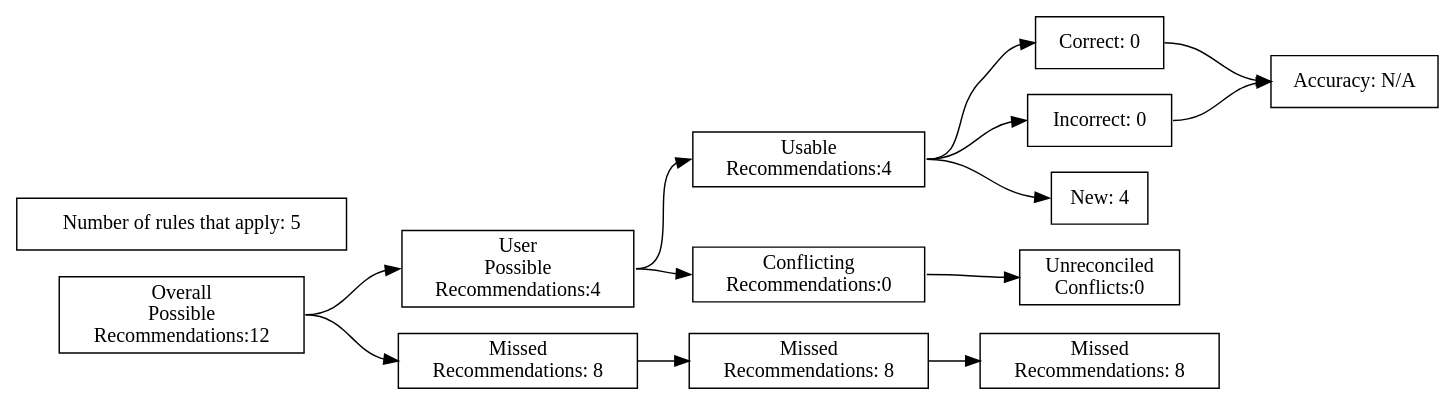
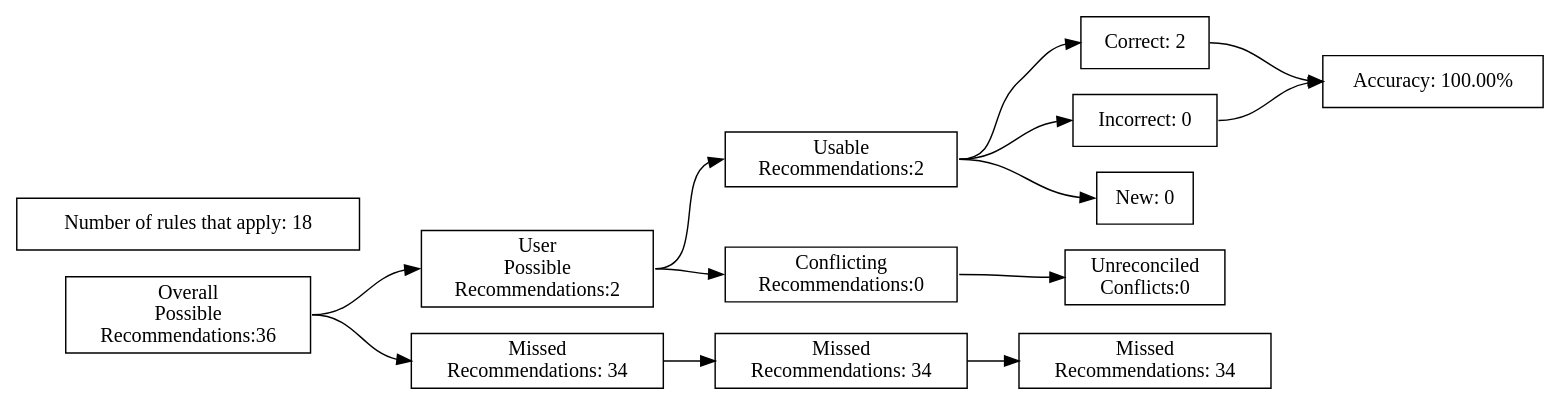
The diagram in test_renders/37.gv (ZaxR/ibd_diet_analysis), drawn with Graphviz before and after one commit. The commit also changed 229 other files, not shown here.

```diff
--- a/test_renders/37.gv
+++ b/test_renders/37.gv
@@ -1,40 +1,40 @@
 digraph {
 	graph [rankdir=LR]
 	node [pos=r shape=box]
 	edge [headport=w tailport=e]
 		A [label="Overall
 Possible
-Recommendations:12"]
+Recommendations:36"]
 		B [label="User
 Possible
-Recommendations:4"]
+Recommendations:2"]
 		C [label="Missed
-Recommendations: 8"]
+Recommendations: 34"]
 		D [label="Usable
-Recommendations:4"]
+Recommendations:2"]
 		E [label="Conflicting
 Recommendations:0"]
 		J [label="Missed
-Recommendations: 8"]
+Recommendations: 34"]
 		M [label="Unreconciled
 Conflicts:0"]
-		F [label="Correct: 0"]
+		F [label="Correct: 2"]
 		G [label="Incorrect: 0"]
-		H [label="New: 4"]
+		H [label="New: 0"]
 		K [label="Missed
-Recommendations: 8"]
-		I [label="Accuracy: N/A"]
-		l [label="Number of rules that apply: 5"]
+Recommendations: 34"]
+		I [label="Accuracy: 100.00%"]
+		l [label="Number of rules that apply: 18"]
 			A -> B
 			A -> C
 			B -> D
 			B -> E
 			D -> F
 			D -> G
 			D -> H
 			F -> I
 			G -> I
 			C -> J
 			J -> K
 			E -> M
 }
```
